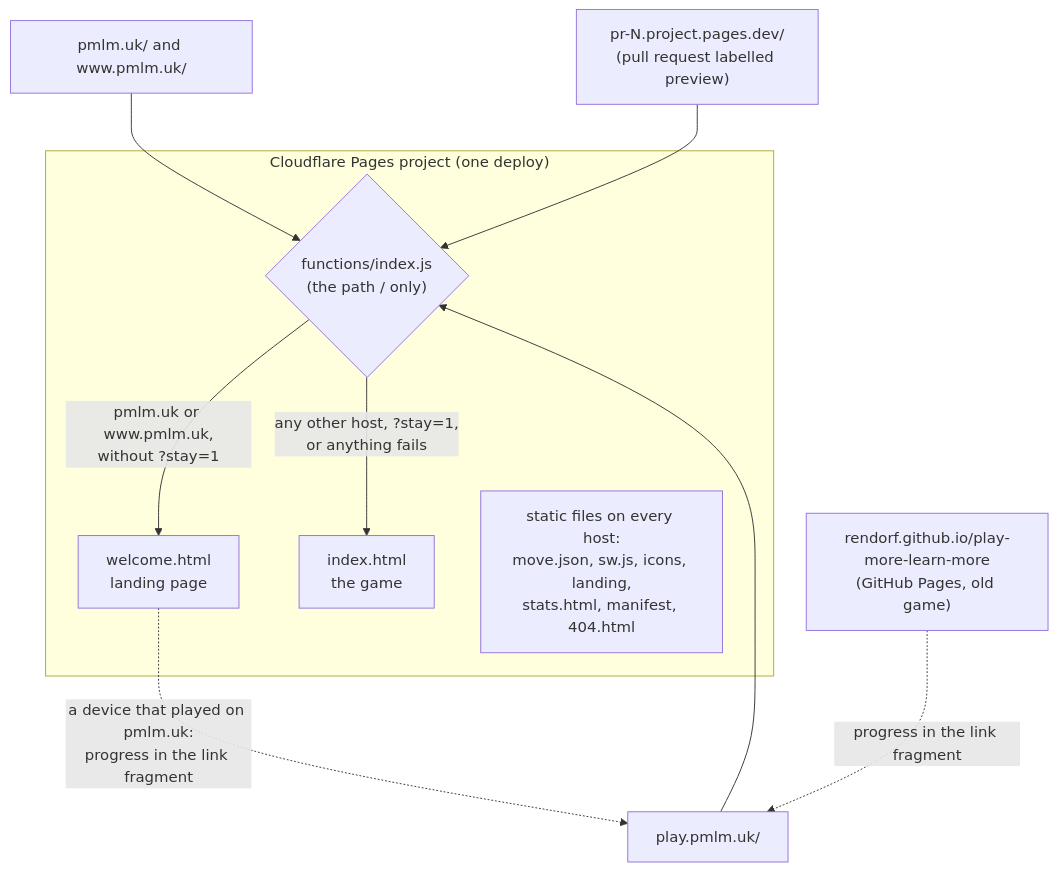
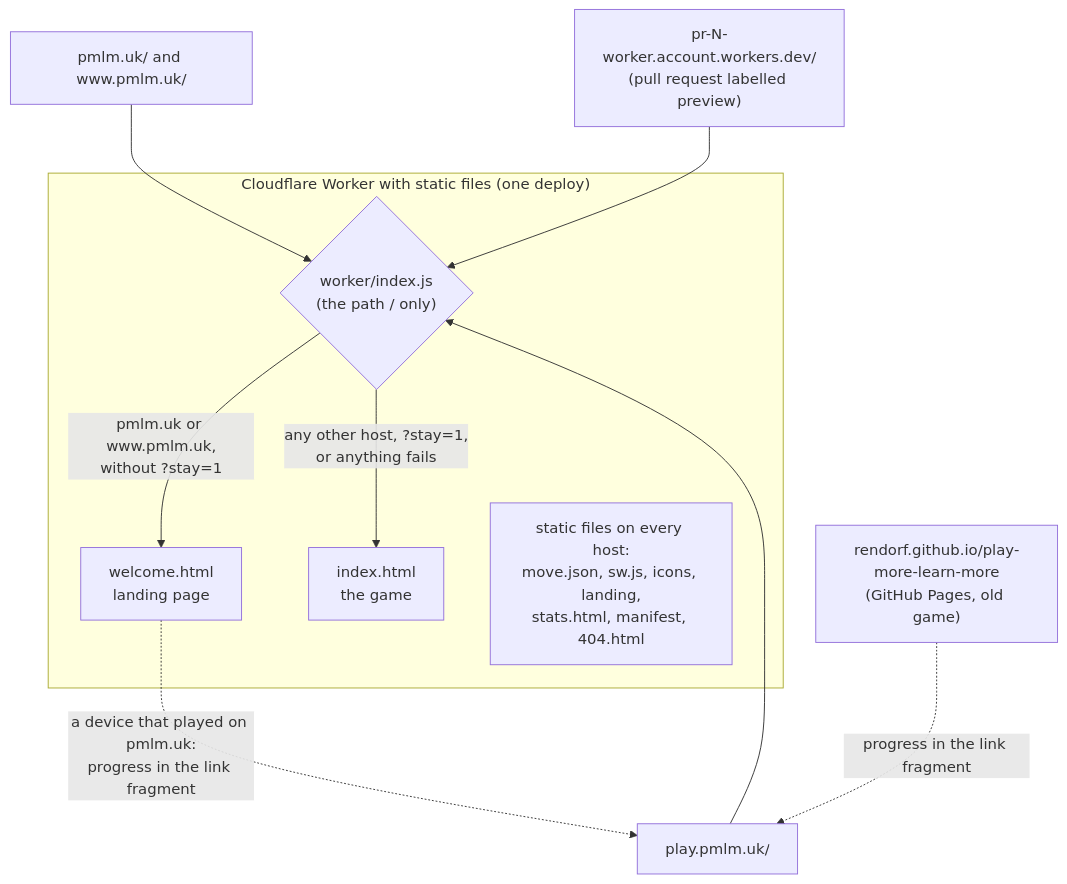
Before and after one commit to Rendorf/play-more-learn-more: the fourth of 4 diagrams in docs/technology/architecture.md, drawn with Mermaid. The commit also changed other lines of this file and 18 other files, not shown here.

First line of the commit message:
Deploy to the existing Cloudflare Worker instead of Pages

````diff
--- a/docs/technology/architecture.md
+++ b/docs/technology/architecture.md
@@ -131,20 +131,20 @@
 ```mermaid
 flowchart TD
-  subgraph cf["Cloudflare Pages project (one deploy)"]
-    fn{"functions/index.js<br>(the path / only)"}
+  subgraph cf["Cloudflare Worker with static files (one deploy)"]
+    fn{"worker/index.js<br>(the path / only)"}
     wel["welcome.html<br>landing page"]
     game["index.html<br>the game"]
     files["static files on every host:<br>move.json, sw.js, icons, landing,<br>stats.html, manifest, 404.html"]
   end
   apex["pmlm.uk/ and www.pmlm.uk/"]
   play["play.pmlm.uk/"]
-  prev["pr-N.project.pages.dev/<br>(pull request labelled preview)"]
+  prev["pr-N-worker.account.workers.dev/<br>(pull request labelled preview)"]
   gh["rendorf.github.io/play-more-learn-more<br>(GitHub Pages, old game)"]
   apex --> fn
   play --> fn
   prev --> fn
   fn -- "pmlm.uk or www.pmlm.uk,<br>without ?stay=1" --> wel
   fn -- "any other host, ?stay=1,<br>or anything fails" --> game
   wel -. "a device that played on pmlm.uk:<br>progress in the link fragment" .-> play
   gh -. "progress in the link fragment" .-> play
 ```
````
